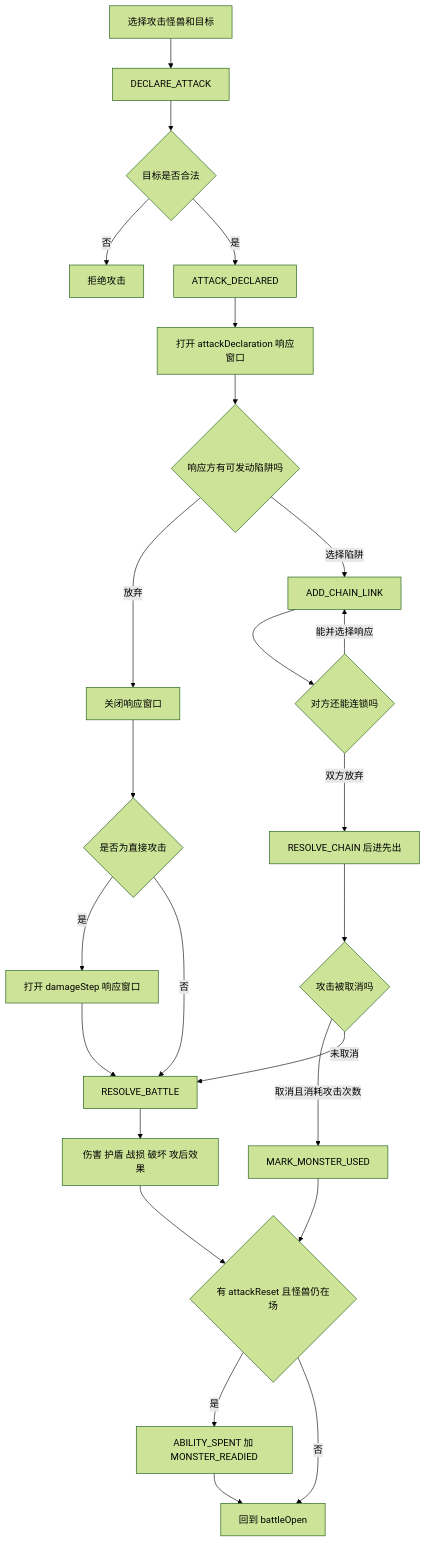
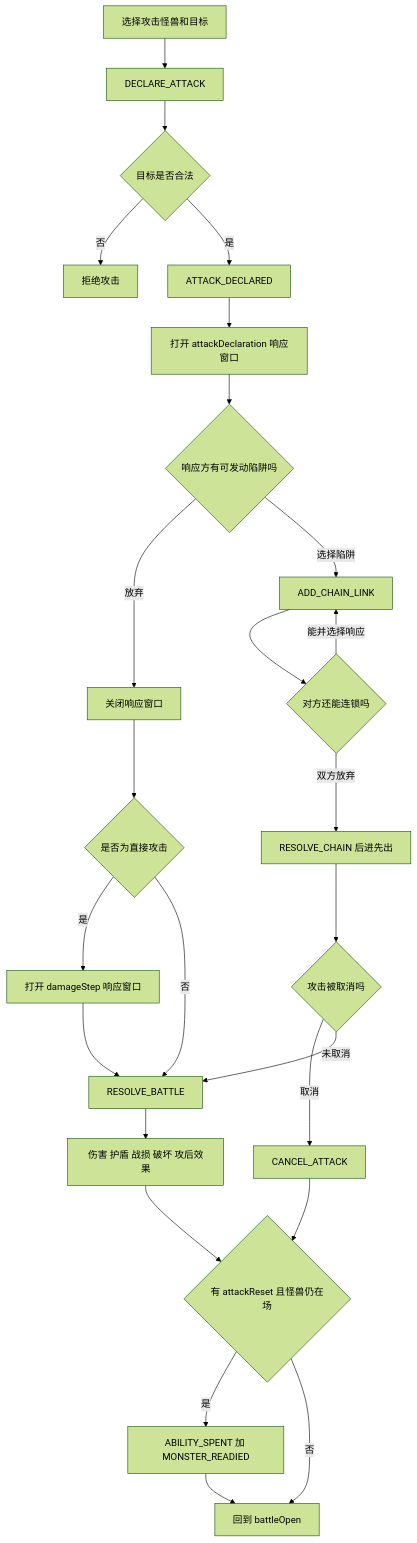
The ninth of 14 diagrams in GAME_FLOW.md (ssssaaa111/play_card_game), drawn with Mermaid (forest theme) before and after one commit. The commit also changed other lines of this file and 7 other files, not shown here.

````diff
--- a/GAME_FLOW.md
+++ b/GAME_FLOW.md
@@ -193,27 +193,27 @@
 ```mermaid
 flowchart TD
     Choose[选择攻击怪兽和目标] --> Declare[DECLARE_ATTACK]
     Declare --> ValidateTarget{目标是否合法}
     ValidateTarget -->|否| Reject[拒绝攻击]
     ValidateTarget -->|是| AttackEvent[ATTACK_DECLARED]
     AttackEvent --> Response[打开 attackDeclaration 响应窗口]
     Response --> TrapChoice{响应方有可发动陷阱吗}
     TrapChoice -->|放弃| Close[关闭响应窗口]
     TrapChoice -->|选择陷阱| Chain[ADD_CHAIN_LINK]
     Chain --> Priority{对方还能连锁吗}
     Priority -->|能并选择响应| Chain
     Priority -->|双方放弃| ResolveChain[RESOLVE_CHAIN 后进先出]
     ResolveChain --> Cancelled{攻击被取消吗}
     Close --> DamageWindow{是否为直接攻击}
     DamageWindow -->|是| DirectResponse[打开 damageStep 响应窗口]
     DamageWindow -->|否| Battle[RESOLVE_BATTLE]
     DirectResponse --> Battle
-    Cancelled -->|取消且消耗攻击次数| MarkUsed[MARK_MONSTER_USED]
+    Cancelled -->|取消| CancelAttack[CANCEL_ATTACK]
     Cancelled -->|未取消| Battle
-    MarkUsed --> ResetCheck{有 attackReset 且怪兽仍在场}
+    CancelAttack --> ResetCheck{有 attackReset 且怪兽仍在场}
     Battle --> BattleEvents[伤害 护盾 战损 破坏 攻后效果]
     BattleEvents --> ResetCheck
     ResetCheck -->|是| Reset[ABILITY_SPENT 加 MONSTER_READIED]
     ResetCheck -->|否| Open[回到 battleOpen]
     Reset --> Open
 ```
````
